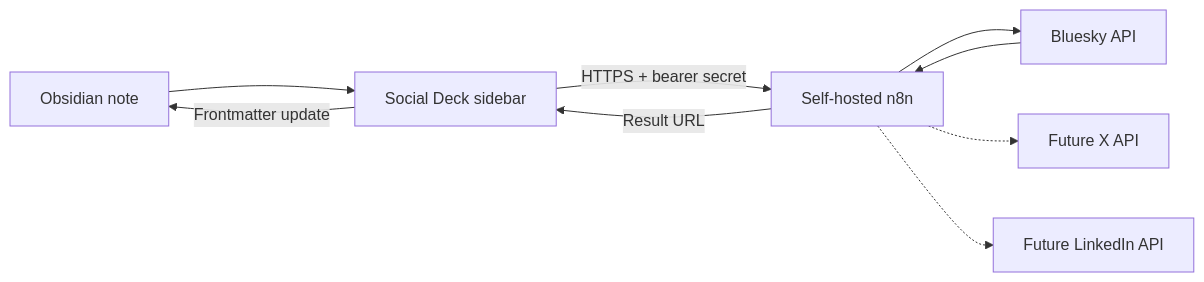
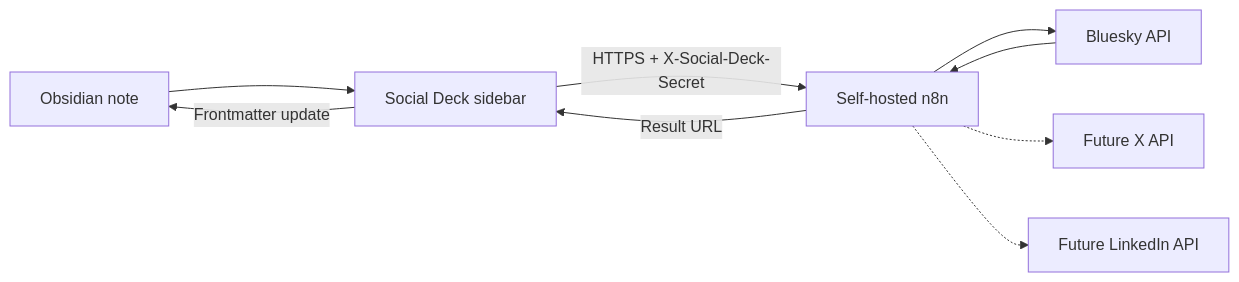
The diagram in docs/CODEX_HANDOFF.md (torin-cyber-group/obsidian-social-deck), drawn with Mermaid before and after one commit. The commit also changed other lines of this file and 10 other files, not shown here.

````diff
--- a/docs/CODEX_HANDOFF.md
+++ b/docs/CODEX_HANDOFF.md
@@ -91,11 +93,11 @@
 ```mermaid
 flowchart LR
     A["Obsidian note"] --> B["Social Deck sidebar"]
-    B -->|"HTTPS + bearer secret"| C["Self-hosted n8n"]
+    B -->|"HTTPS + X-Social-Deck-Secret"| C["Self-hosted n8n"]
     C --> D["Bluesky API"]
     C -.-> E["Future X API"]
     C -.-> F["Future LinkedIn API"]
     D --> C
     C -->|"Result URL"| B
     B -->|"Frontmatter update"| A
 ```
````
